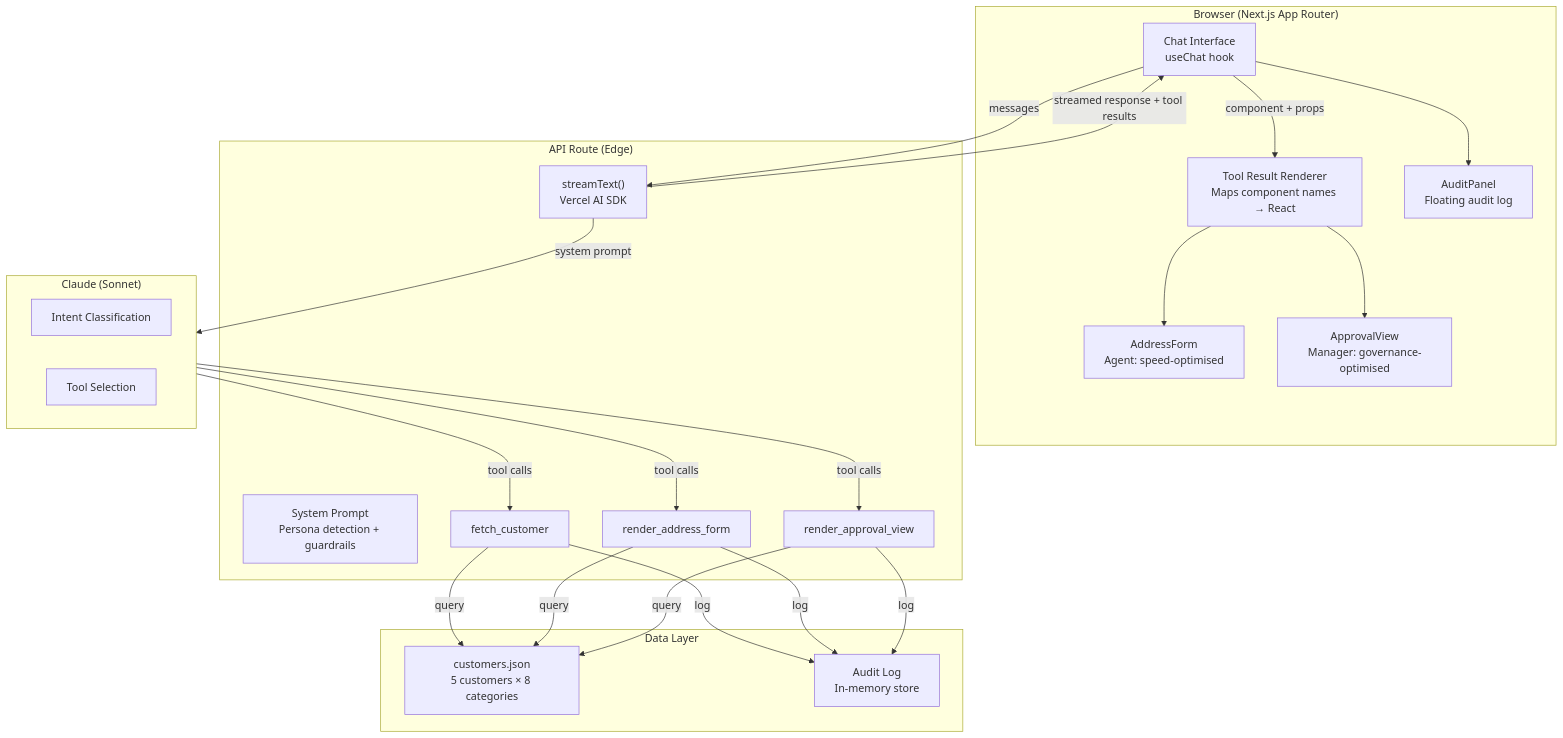
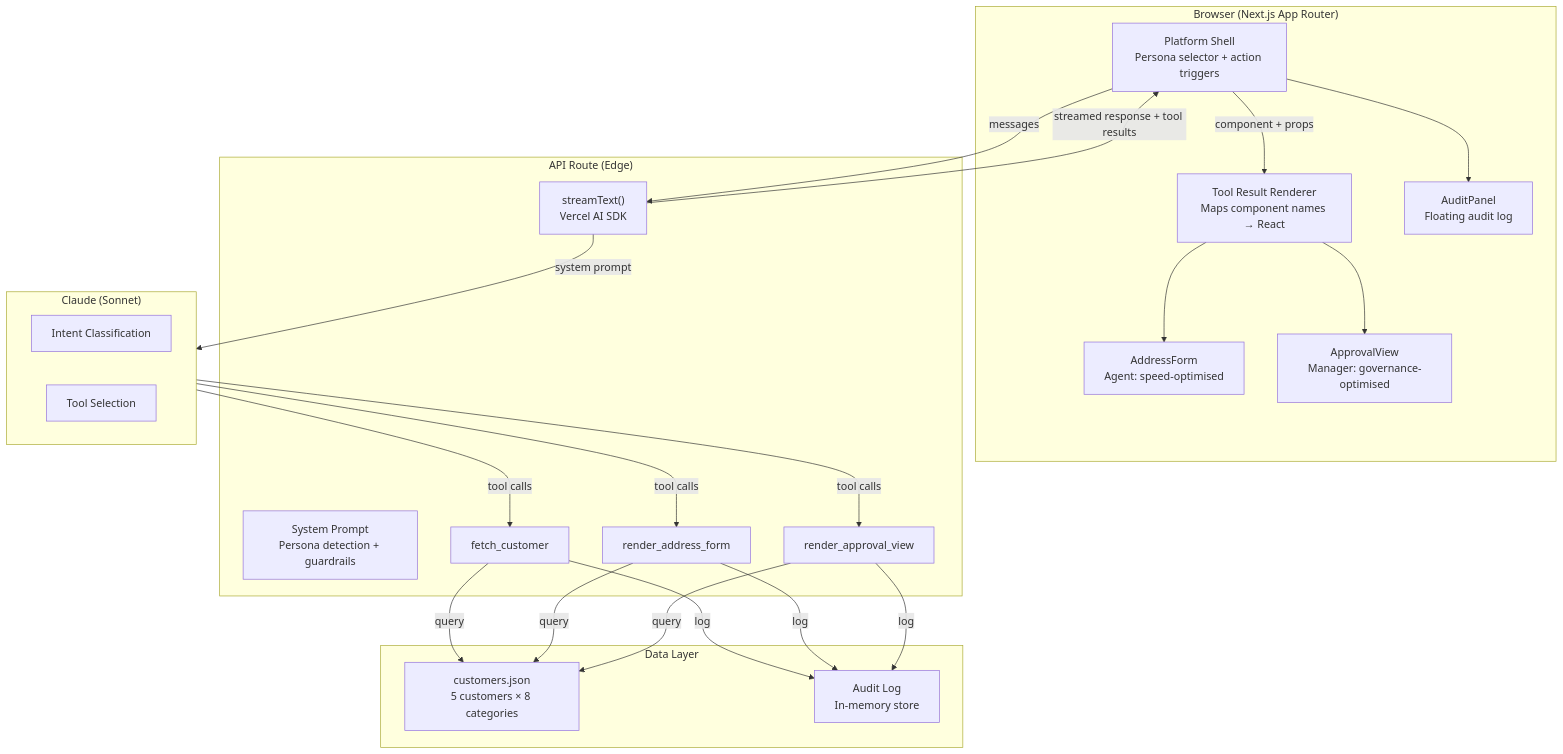
One commit to RajiBhamidipati/canvas-poc changed the first of 3 diagrams in README.md. Above: the diagram before and after it, drawn with Mermaid. The commit also changed other lines of this file, not shown here.

First line of the commit message:
Update README to reflect platform shell UI redesign

````diff
--- a/README.md
+++ b/README.md
@@ -49,45 +49,45 @@
 ```mermaid
 graph TB
     subgraph Client["Browser (Next.js App Router)"]
-        Chat["Chat Interface<br/>useChat hook"]
+        Chat["Platform Shell<br/>Persona selector + action triggers"]
         TR["Tool Result Renderer<br/>Maps component names → React"]
         AF["AddressForm<br/>Agent: speed-optimised"]
         AV["ApprovalView<br/>Manager: governance-optimised"]
         AP["AuditPanel<br/>Floating audit log"]
     end
 
     subgraph Server["API Route (Edge)"]
         SP["System Prompt<br/>Persona detection + guardrails"]
         ST["streamText()<br/>Vercel AI SDK"]
         T1["fetch_customer"]
         T2["render_address_form"]
         T3["render_approval_view"]
     end
 
     subgraph LLM["Claude (Sonnet)"]
         IC["Intent Classification"]
         TC["Tool Selection"]
     end
 
     subgraph Data["Data Layer"]
         CJ["customers.json<br/>5 customers × 8 categories"]
         AL["Audit Log<br/>In-memory store"]
     end
 
     Chat -->|"messages"| ST
     ST -->|"system prompt"| LLM
     LLM -->|"tool calls"| T1
     LLM -->|"tool calls"| T2
     LLM -->|"tool calls"| T3
     T1 -->|"query"| CJ
     T2 -->|"query"| CJ
     T3 -->|"query"| CJ
     T1 -->|"log"| AL
     T2 -->|"log"| AL
     T3 -->|"log"| AL
     ST -->|"streamed response + tool results"| Chat
     Chat -->|"component + props"| TR
     TR --> AF
     TR --> AV
     Chat --> AP
 ```
````
